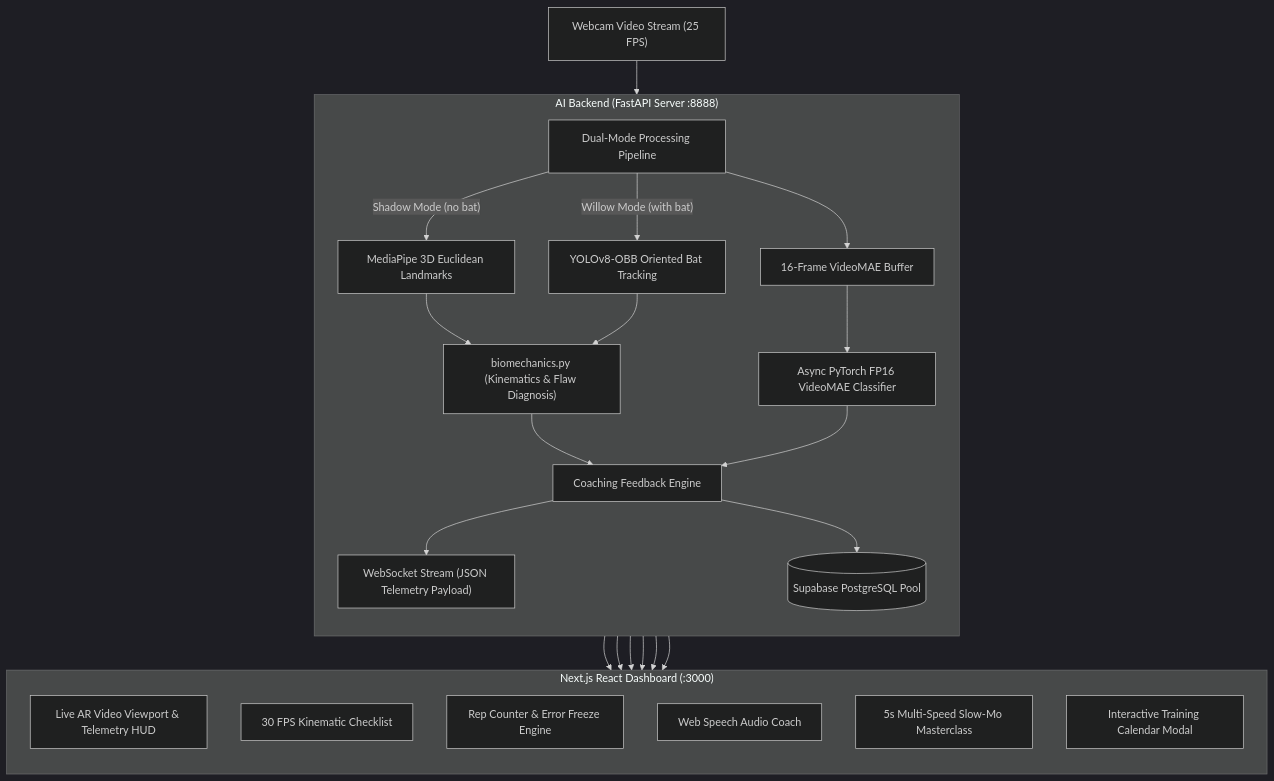
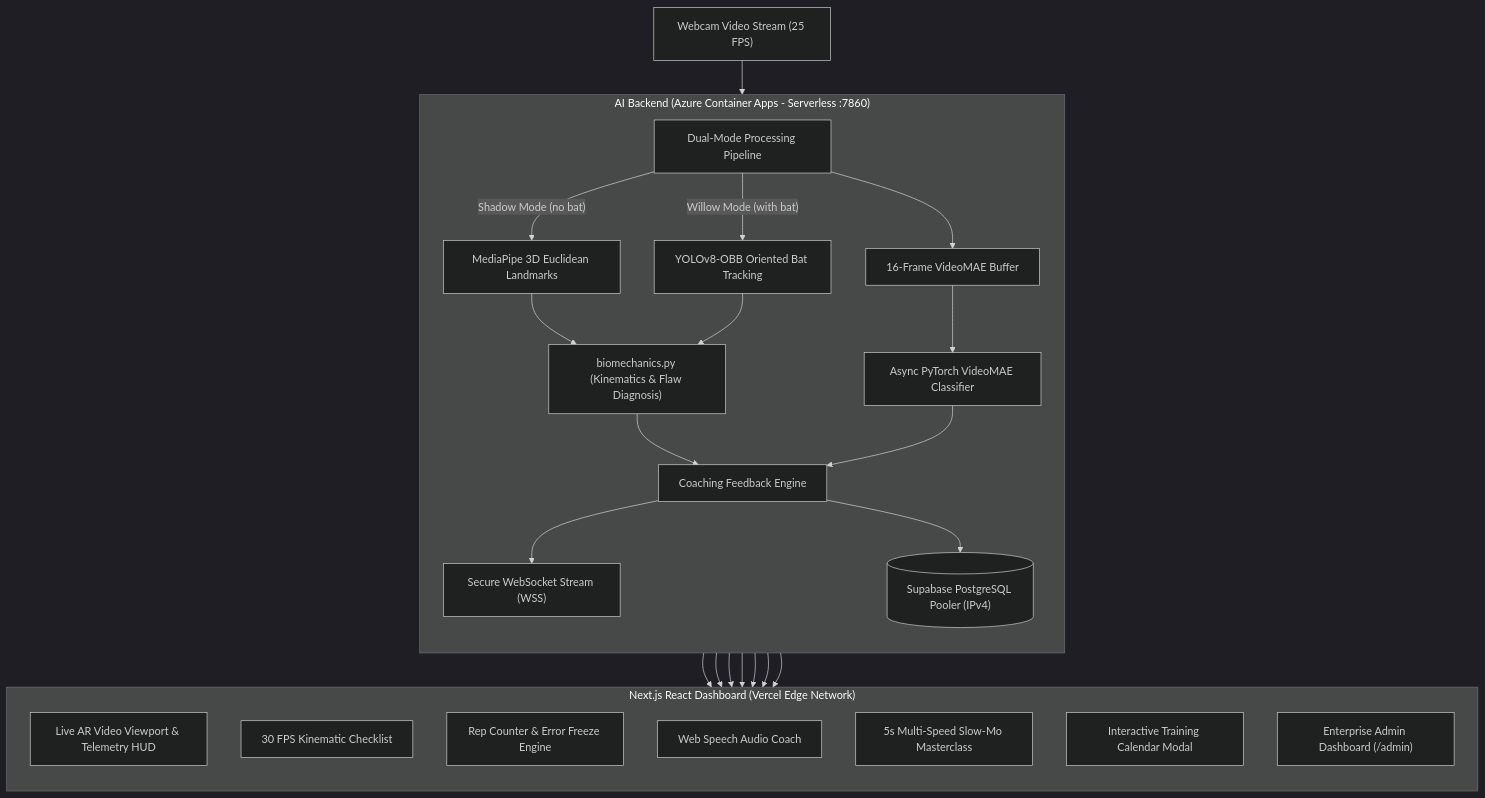
The diagram in README.md (Arnavch2024/BattingCoach), drawn with Mermaid (dark theme) before and after one commit. The commit also changed other lines of this file, not shown here.

Commit message:
docs(readme): document cloud deployment, admin studio, and Azure CD pipeline

````diff
--- a/README.md
+++ b/README.md
@@ -131,31 +160,32 @@
 ```mermaid
 flowchart TD
     A["Webcam Video Stream (25 FPS)"] --> B["Dual-Mode Processing Pipeline"]
 
-    subgraph Backend ["AI Backend (FastAPI Server :8888)"]
+    subgraph Backend ["AI Backend (Azure Container Apps - Serverless :7860)"]
         direction TB
         B -->|"Shadow Mode (no bat)"| C["MediaPipe 3D Euclidean Landmarks"]
         B -->|"Willow Mode (with bat)"| D["YOLOv8-OBB Oriented Bat Tracking"]
         B --> F["16-Frame VideoMAE Buffer"]
         
         C --> E["biomechanics.py (Kinematics & Flaw Diagnosis)"]
         D --> E
-        F --> G["Async PyTorch FP16 VideoMAE Classifier"]
+        F --> G["Async PyTorch VideoMAE Classifier"]
         
         E --> H["Coaching Feedback Engine"]
         G --> H
         
-        H --> I["WebSocket Stream (JSON Telemetry Payload)"]
-        H --> J[("Supabase PostgreSQL Pool")]
+        H --> I["Secure WebSocket Stream (WSS)"]
+        H --> J[("Supabase PostgreSQL Pooler (IPv4)")]
     end
 
-    subgraph Frontend ["Next.js React Dashboard (:3000)"]
+    subgraph Frontend ["Next.js React Dashboard (Vercel Edge Network)"]
         direction TB
         I --> K["Live AR Video Viewport & Telemetry HUD"]
         I --> L["30 FPS Kinematic Checklist"]
         I --> M["Rep Counter & Error Freeze Engine"]
         I --> N["Web Speech Audio Coach"]
         I --> O["5s Multi-Speed Slow-Mo Masterclass"]
         I --> P["Interactive Training Calendar Modal"]
+        I --> Q["Enterprise Admin Dashboard (/admin)"]
     end
 ```
````
